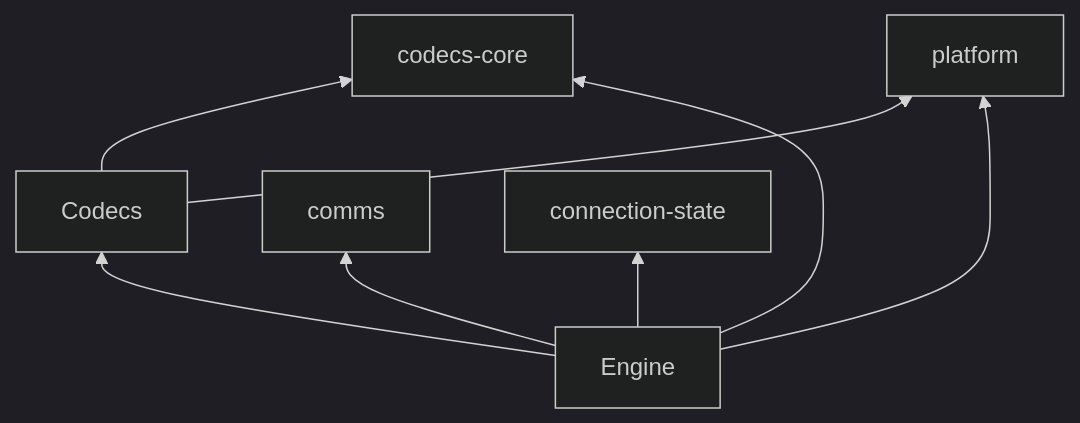
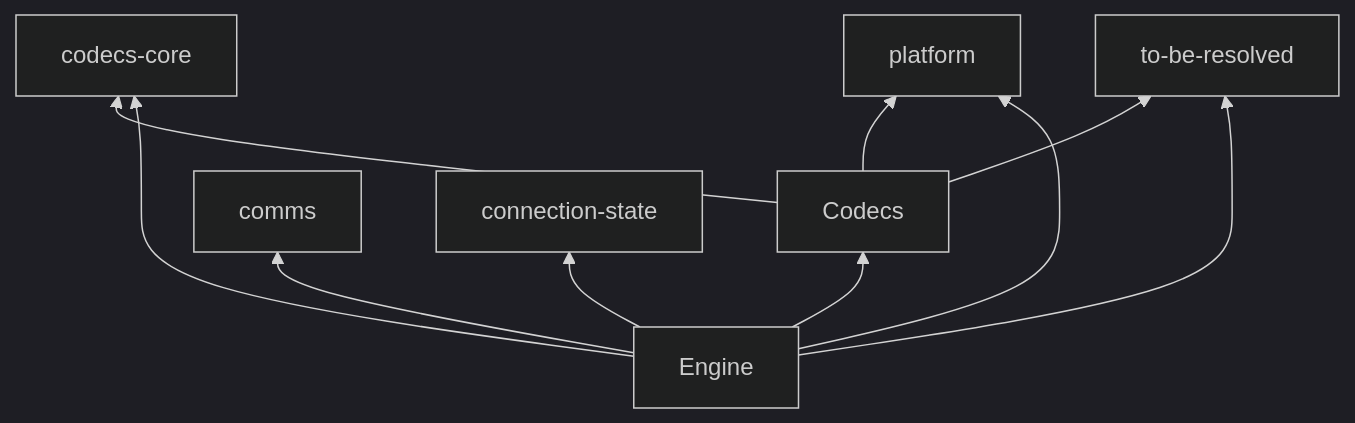
Before and after one commit to nikita-volkov/hasql: the second of 2 diagrams in AGENTS.md, drawn with Mermaid (dark theme). The commit also changed other lines of this file and 14 other files, not shown here.

````diff
--- a/AGENTS.md
+++ b/AGENTS.md
@@ -62,10 +66,12 @@
 ```mermaid
 flowchart BT
   Codecs --> codecs-core
   Codecs --> platform
+  Codecs --> to-be-resolved
   Engine --> Codecs
   Engine --> codecs-core
   Engine --> comms
   Engine --> connection-state
   Engine --> platform
+  Engine --> to-be-resolved
 ```
````
